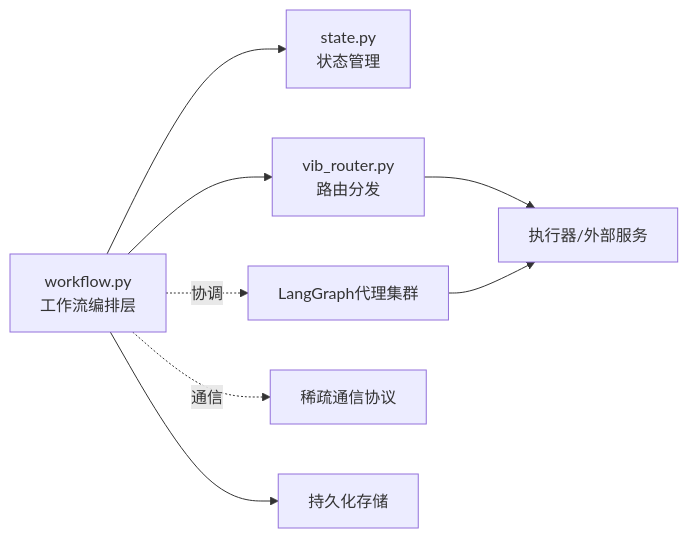
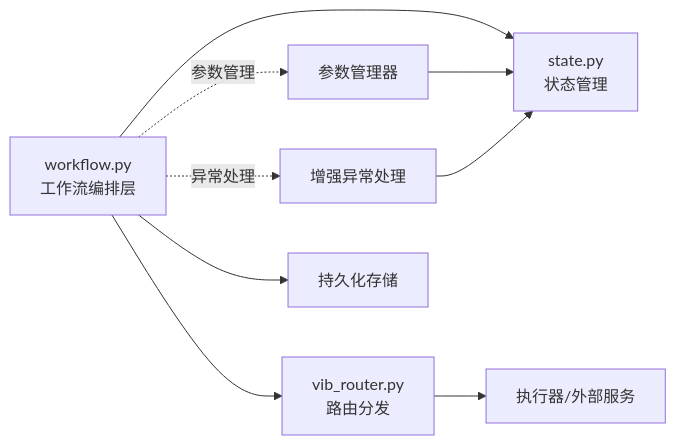
The sixth of 6 diagrams in .qoder/repowiki/zh/content/核心架构/工作流引擎.md (QuStarry/VIB-SparseCommunication), drawn with Mermaid before and after one commit. The commit also changed other lines of this file and 31 other files, not shown here.

````diff
--- a/.qoder/repowiki/zh/content/核心架构/工作流引擎.md
+++ b/.qoder/repowiki/zh/content/核心架构/工作流引擎.md
@@ -387,10 +385,11 @@
 ```mermaid
 graph LR
 WF["workflow.py<br/>工作流编排层"] --> ST["state.py<br/>状态管理"]
 WF --> VR["vib_router.py<br/>路由分发"]
-WF -. 协调 .-> AG["LangGraph代理集群"]
-WF -. 通信 .-> SC["稀疏通信协议"]
+WF -. 参数管理 .-> PM["参数管理器"]
+WF -. 异常处理 .-> EH["增强异常处理"]
 VR --> EXE["执行器/外部服务"]
 WF --> STORE["持久化存储"]
-AG --> EXE
+PM --> ST
+EH --> ST
 ```
````
